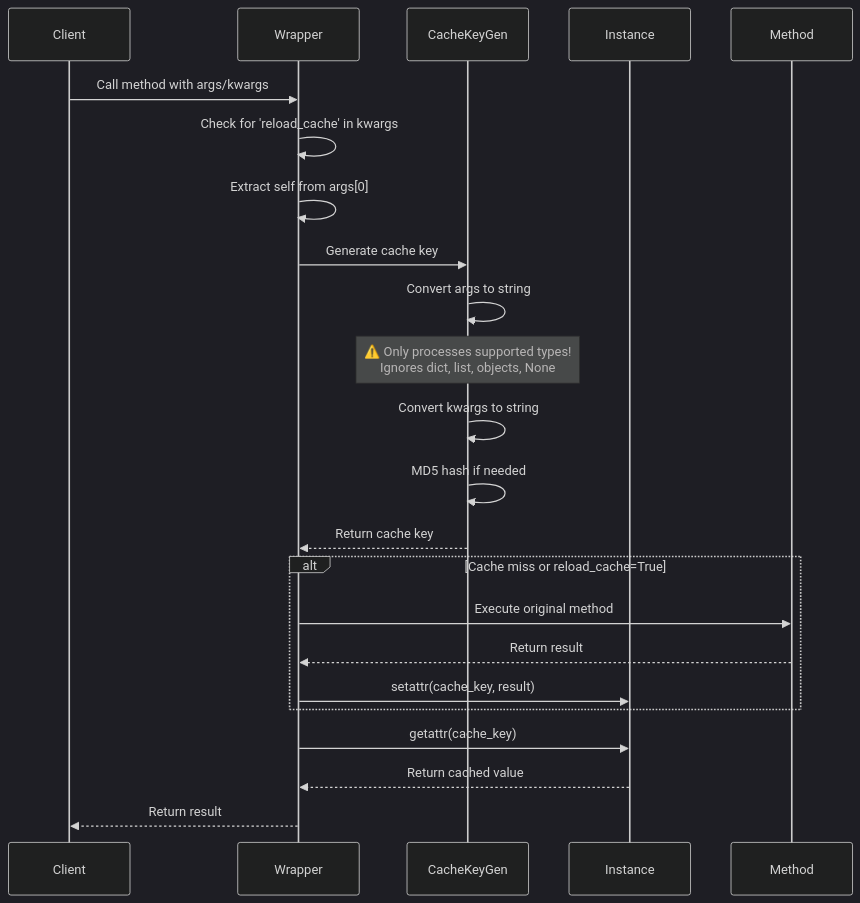
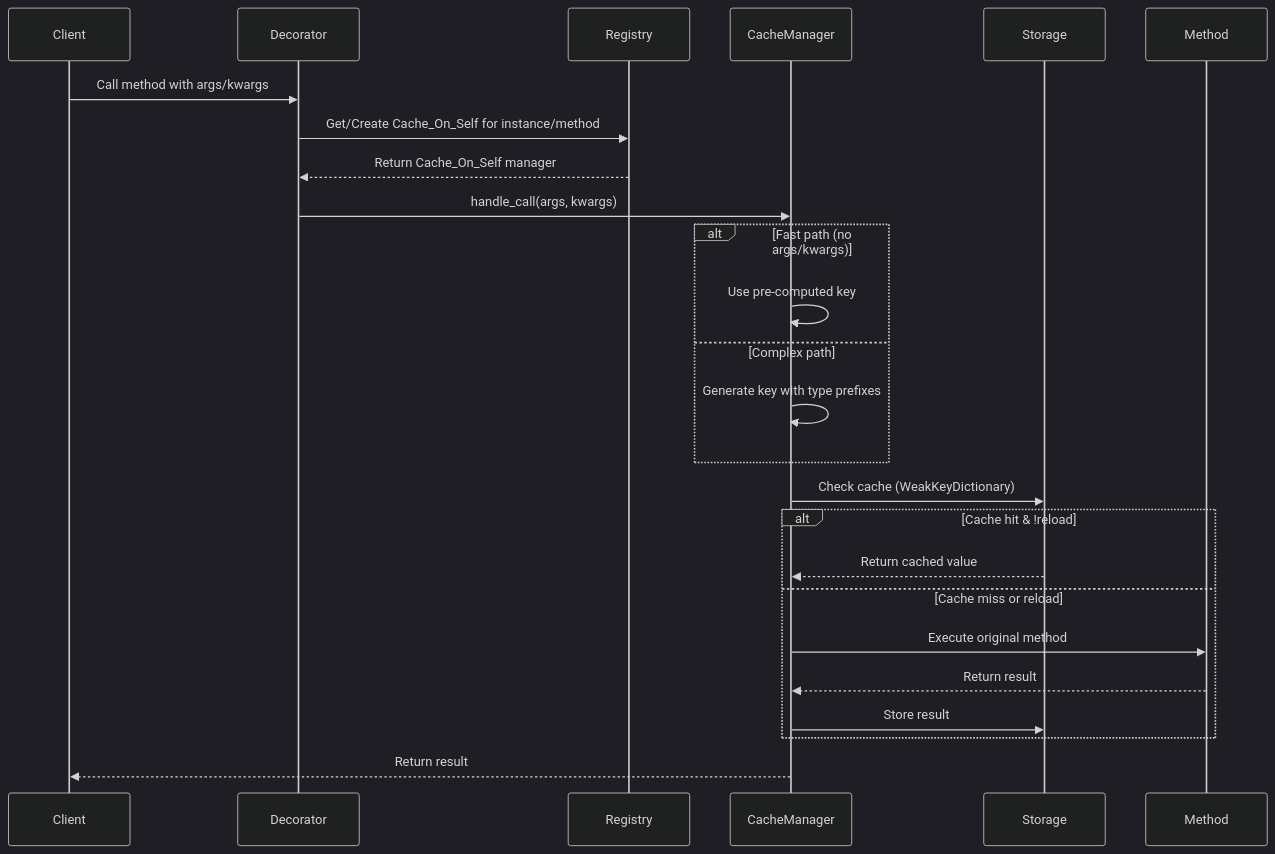
One commit to owasp-sbot/OSBot-Utils changed the second of 4 diagrams in docs/code/osbot_utils/decorators/methods/cache_on_self--tech_debrief.md. Above: the diagram before and after it, drawn with Mermaid (dark theme). The commit also changed other lines of this file and 5 other files, not shown here.

Commit message:
final changes to Cache_On_Self tests, added updated tech_debrief

````diff
--- a/docs/code/osbot_utils/decorators/methods/cache_on_self--tech_debrief.md
+++ b/docs/code/osbot_utils/decorators/methods/cache_on_self--tech_debrief.md
@@ -37,28 +39,33 @@
 ```mermaid
 sequenceDiagram
     participant Client
-    participant Wrapper
-    participant CacheKeyGen
-    participant Instance
+    participant Decorator
+    participant Registry
+    participant CacheManager
+    participant Storage
     participant Method
     
-    Client->>Wrapper: Call method with args/kwargs
-    Wrapper->>Wrapper: Check for 'reload_cache' in kwargs
-    Wrapper->>Wrapper: Extract self from args[0]
-    Wrapper->>CacheKeyGen: Generate cache key
-    CacheKeyGen->>CacheKeyGen: Convert args to string
-    Note over CacheKeyGen: ⚠️ Only processes supported types!<br/>Ignores dict, list, objects, None
-    CacheKeyGen->>CacheKeyGen: Convert kwargs to string
-    CacheKeyGen->>CacheKeyGen: MD5 hash if needed
-    CacheKeyGen-->>Wrapper: Return cache key
+    Client->>Decorator: Call method with args/kwargs
+    Decorator->>Registry: Get/Create Cache_On_Self for instance/method
+    Registry-->>Decorator: Return Cache_On_Self manager
     
-    alt Cache miss or reload_cache=True
-        Wrapper->>Method: Execute original method
-        Method-->>Wrapper: Return result
-        Wrapper->>Instance: setattr(cache_key, result)
+    Decorator->>CacheManager: handle_call(args, kwargs)
+    
+    alt Fast path (no args/kwargs)
+        CacheManager->>CacheManager: Use pre-computed key
+    else Complex path
+        CacheManager->>CacheManager: Generate key with type prefixes
     end
     
-    Wrapper->>Instance: getattr(cache_key)
-    Instance-->>Wrapper: Return cached value
-    Wrapper-->>Client: Return result
+    CacheManager->>Storage: Check cache (WeakKeyDictionary)
+    
+    alt Cache hit & !reload
+        Storage-->>CacheManager: Return cached value
+    else Cache miss or reload
+        CacheManager->>Method: Execute original method
+        Method-->>CacheManager: Return result
+        CacheManager->>Storage: Store result
+    end
+    
+    CacheManager-->>Client: Return result
 ```
````
